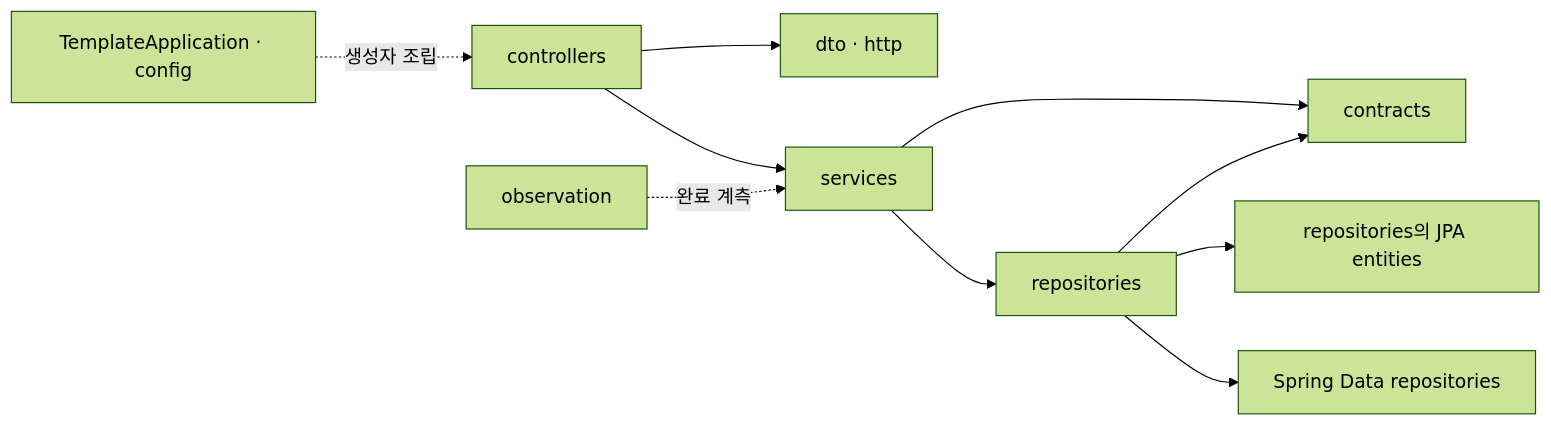
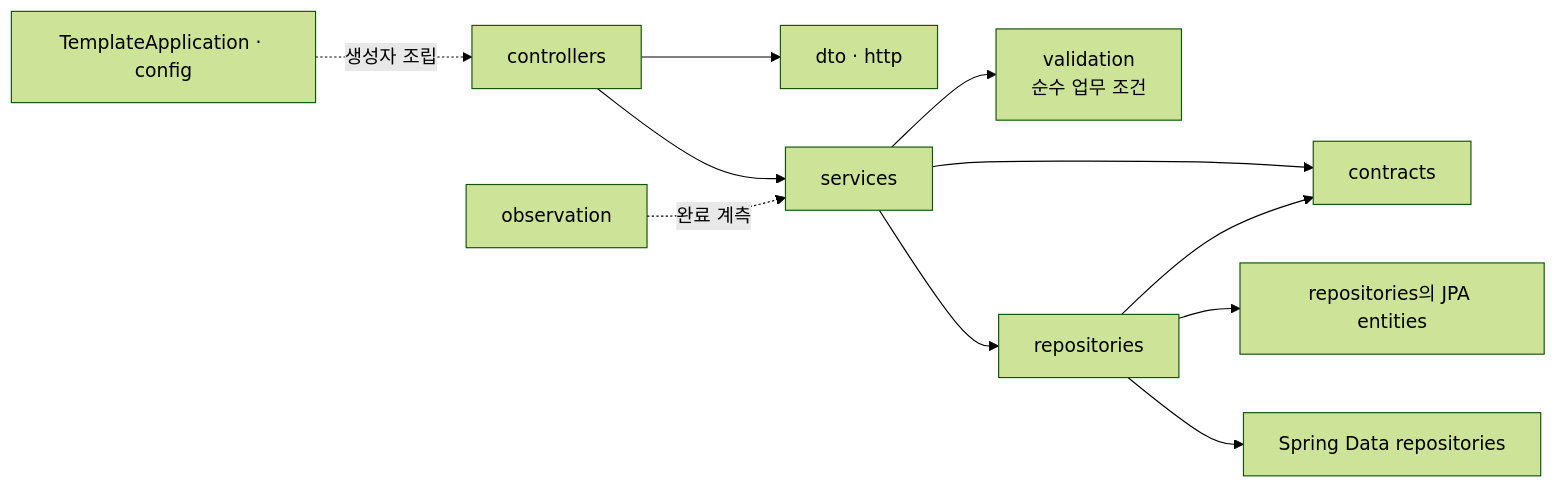
The diagram in design/implementations/spring-boot-structure.md (Dae-Jeong/BackendTemplate), drawn with Mermaid (forest theme) before and after one commit. The commit also changed other lines of this file and 7 other files, not shown here.

````diff
--- a/design/implementations/spring-boot-structure.md
+++ b/design/implementations/spring-boot-structure.md
@@ -8,12 +8,13 @@
 ```mermaid
 flowchart LR
     BOOT["TemplateApplication · config"] -. 생성자 조립 .-> C["controllers"]
     C --> DTO["dto · http"]
     C --> A["services"]
+    A --> V["validation<br/>순수 업무 조건"]
     A --> R["repositories"]
     A --> CONTRACT["contracts"]
     R --> CONTRACT
     R --> ENTITY["repositories의 JPA entities"]
     R --> DATA["Spring Data repositories"]
     OBS["observation"] -. 완료 계측 .-> A
 ```
````
